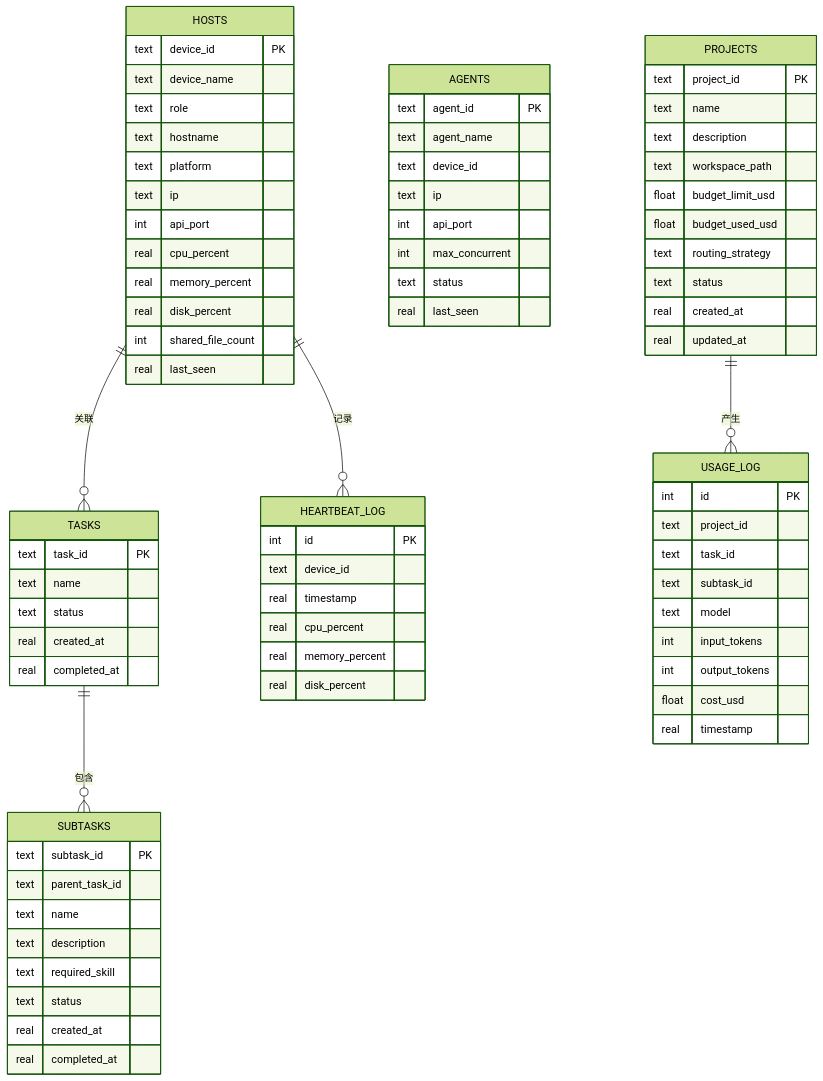
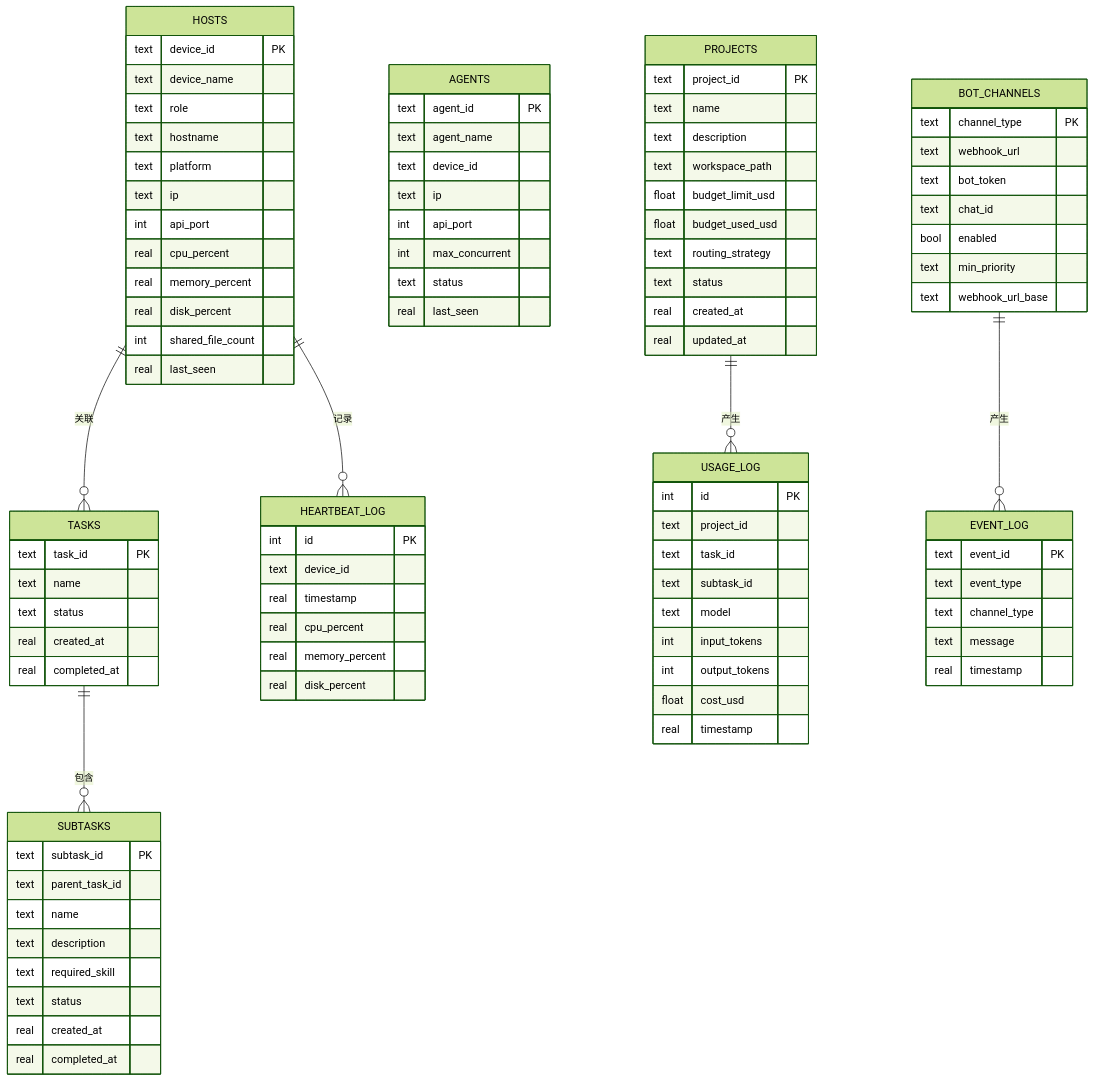
Before and after one commit to targalian/Personal-distributed-workstation: diagram 14 of 14 in .qoder/repowiki/zh/content/架构设计/架构设计.md, drawn with Mermaid (forest theme). The commit also changed other lines of this file and 85 other files, not shown here.

````diff
--- a/.qoder/repowiki/zh/content/架构设计/架构设计.md
+++ b/.qoder/repowiki/zh/content/架构设计/架构设计.md
@@ -847,8 +951,25 @@
 float cost_usd
 real timestamp
 }
+BOT_CHANNELS {
+text channel_type PK
+text webhook_url
+text bot_token
+text chat_id
+bool enabled
+text min_priority
+text webhook_url_base
+}
+EVENT_LOG {
+text event_id PK
+text event_type
+text channel_type
+text message
+real timestamp
+}
 HOSTS ||--o{ HEARTBEAT_LOG : "记录"
 HOSTS ||--o{ TASKS : "关联"
 TASKS ||--o{ SUBTASKS : "包含"
 PROJECTS ||--o{ USAGE_LOG : "产生"
+BOT_CHANNELS ||--o{ EVENT_LOG : "产生"
 ```
````
